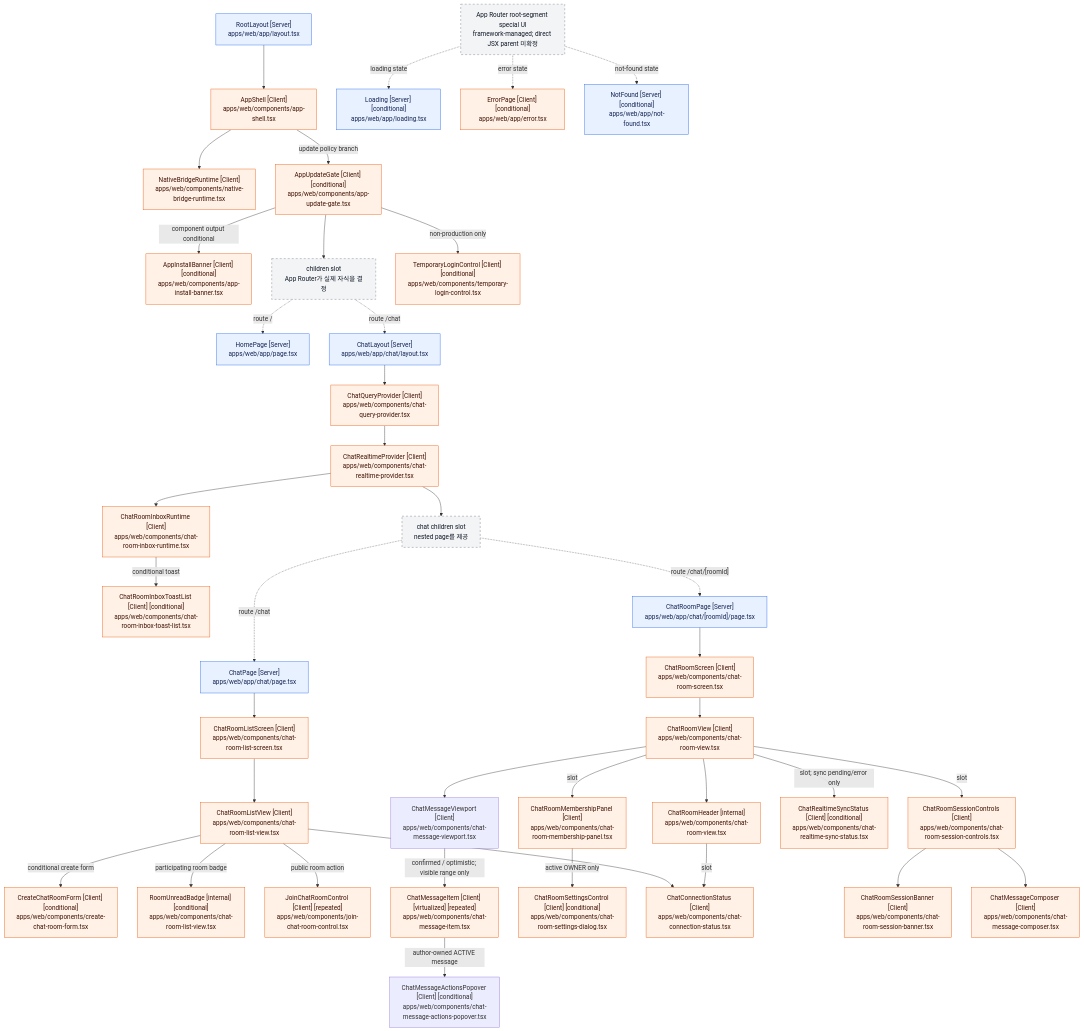
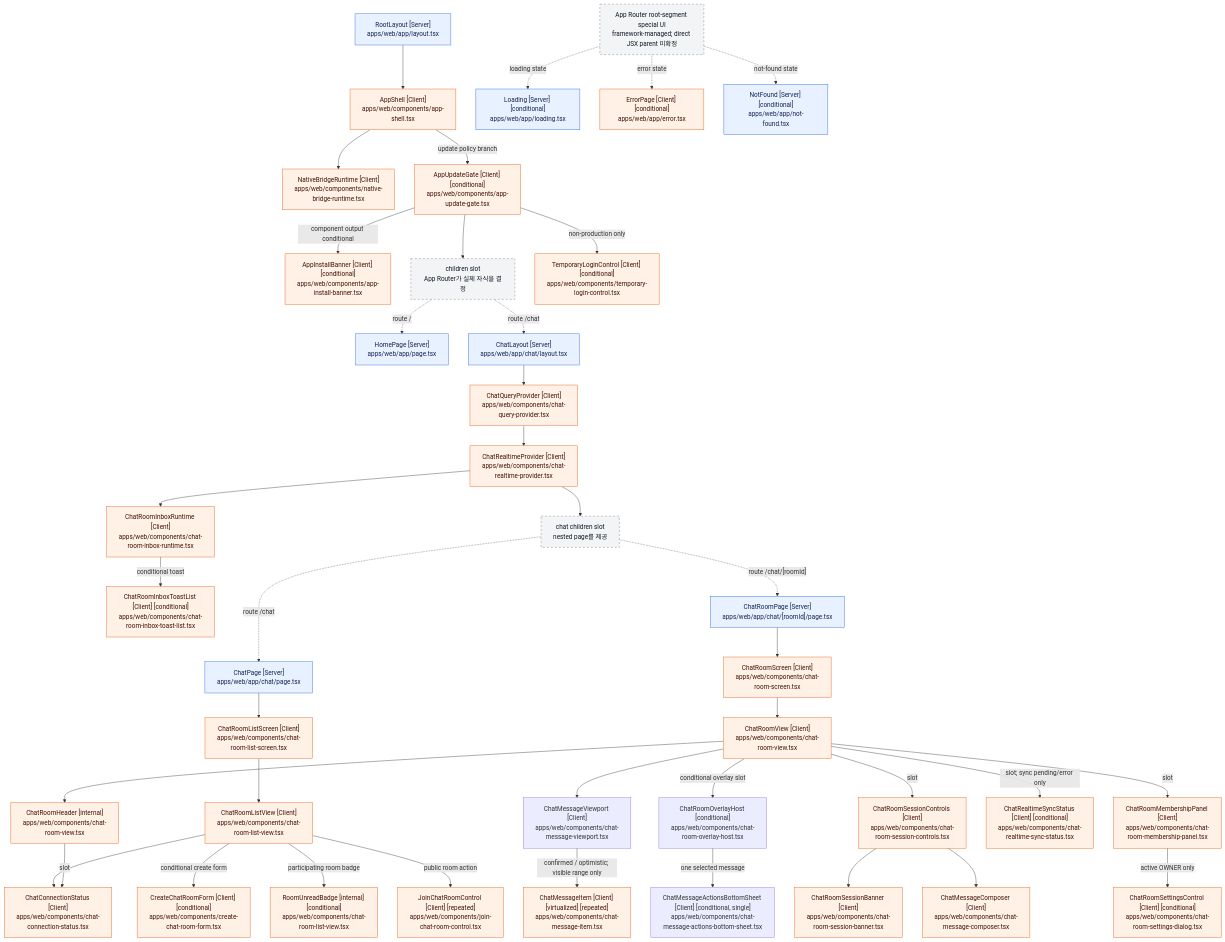
Before and after one commit to mokpombc17-coder/CIVIC-AI: the diagram in docs/architecture/react-component-tree.md, drawn with Mermaid. The commit also changed other lines of this file and 9 other files, not shown here.

Commit message:
refactor(web): share message actions bottom sheet

```diff
--- a/docs/architecture/react-component-tree.md
+++ b/docs/architecture/react-component-tree.md
@@ -154,7 +156,8 @@
     ChatRoomHeader["ChatRoomHeader [internal]<br/>apps/web/components/chat-room-view.tsx"]
     ChatMessageViewport["ChatMessageViewport [Client]<br/>apps/web/components/chat-message-viewport.tsx"]
     ChatMessageItem["ChatMessageItem [Client] [virtualized] [repeated]<br/>apps/web/components/chat-message-item.tsx"]
-    ChatMessageActionsPopover["ChatMessageActionsPopover [Client] [conditional]<br/>apps/web/components/chat-message-actions-popover.tsx"]
+    ChatRoomOverlayHost["ChatRoomOverlayHost [conditional]<br/>apps/web/components/chat-room-overlay-host.tsx"]
+    ChatMessageActionsBottomSheet["ChatMessageActionsBottomSheet [Client] [conditional, single]<br/>apps/web/components/chat-message-actions-bottom-sheet.tsx"]
     ChatRoomMembershipPanel["ChatRoomMembershipPanel [Client]<br/>apps/web/components/chat-room-membership-panel.tsx"]
     ChatRoomSettingsControl["ChatRoomSettingsControl [Client] [conditional]<br/>apps/web/components/chat-room-settings-dialog.tsx"]
     ChatConnectionStatus["ChatConnectionStatus [Client]<br/>apps/web/components/chat-connection-status.tsx"]
@@ -197,7 +200,8 @@
     ChatRoomHeader -->|"slot"| ChatConnectionStatus
     ChatRoomView --> ChatMessageViewport
     ChatMessageViewport -->|"confirmed / optimistic; visible range only"| ChatMessageItem
-    ChatMessageItem -->|"author-owned ACTIVE message"| ChatMessageActionsPopover
+    ChatRoomView -->|"conditional overlay slot"| ChatRoomOverlayHost
+    ChatRoomOverlayHost -->|"one selected message"| ChatMessageActionsBottomSheet
     ChatRoomView -->|"slot; sync pending/error only"| ChatRealtimeSyncStatus
     ChatRoomView -->|"slot"| ChatRoomSessionControls
     ChatRoomSessionControls --> ChatRoomSessionBanner
```
